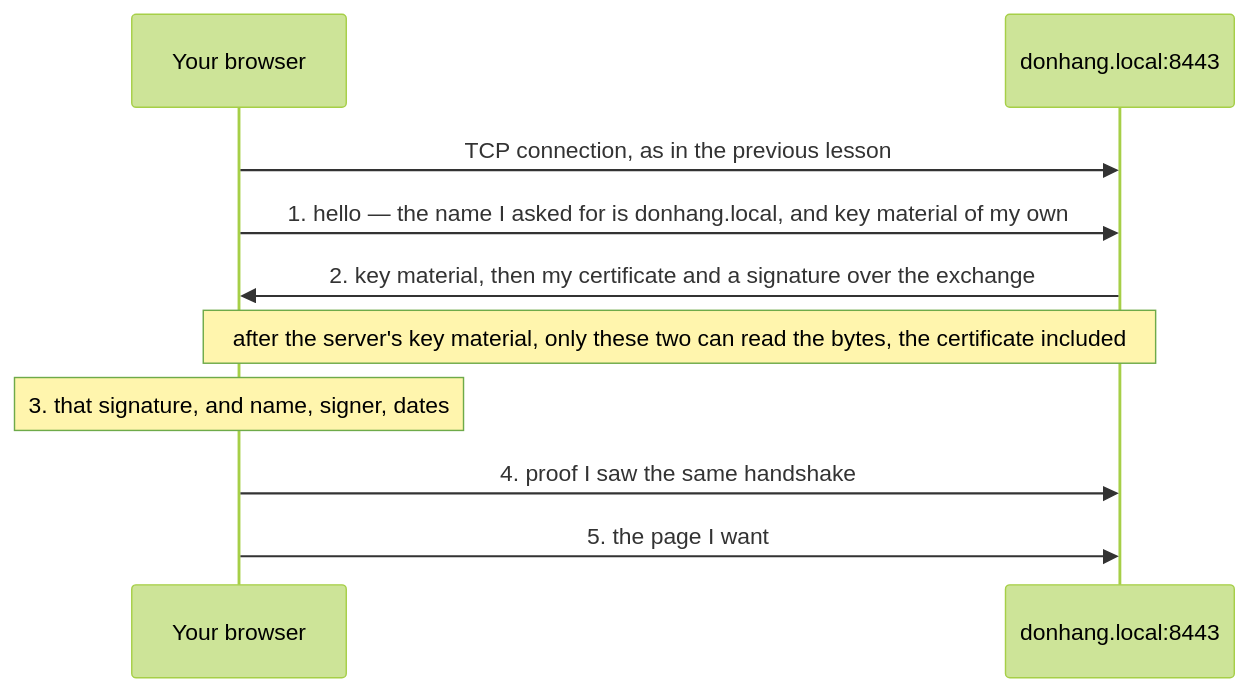
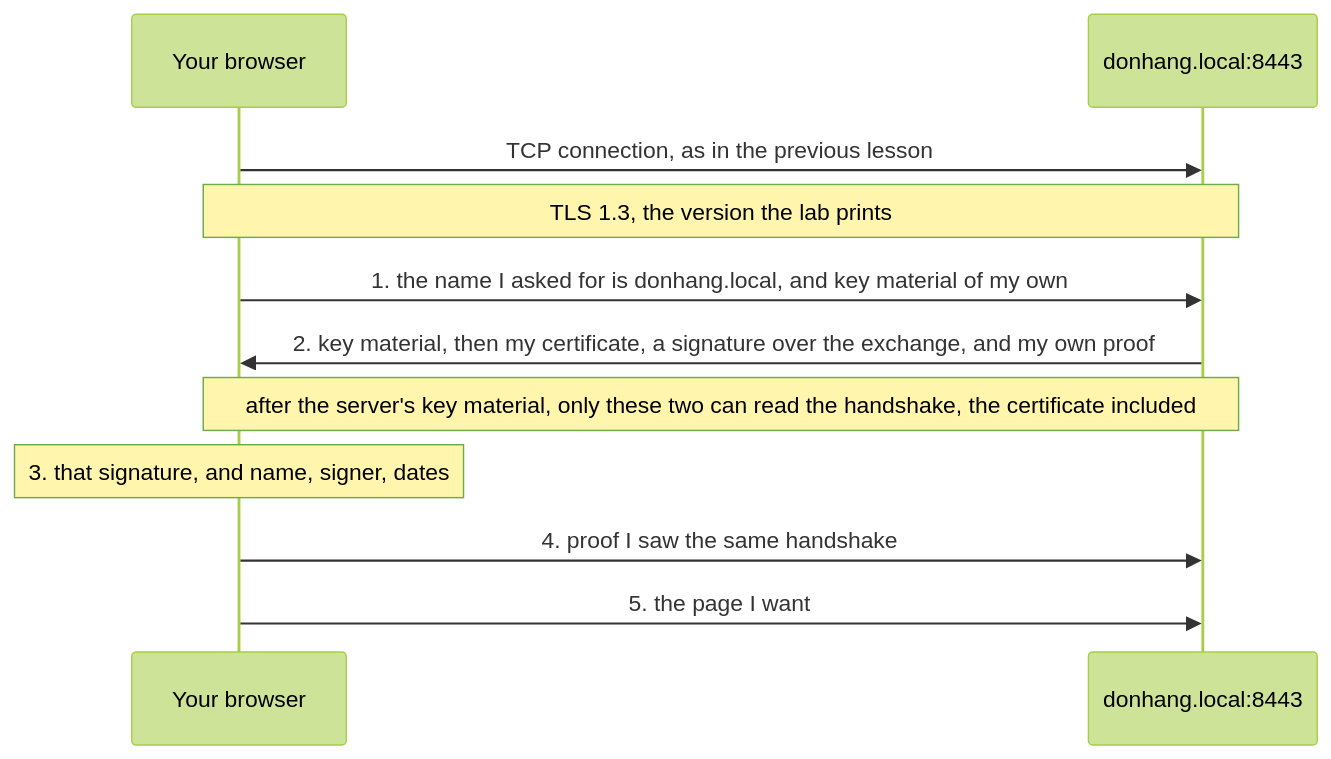
The diagram in content/tracks/foundation/network/foundation.l1.tls-and-https.en.md (duyan11110/lo-trinh-architect), drawn with Mermaid (forest theme) before and after one commit. The commit also changed other lines of this file and 314 other files, not shown here.

````diff
--- a/content/tracks/foundation/network/foundation.l1.tls-and-https.en.md
+++ b/content/tracks/foundation/network/foundation.l1.tls-and-https.en.md
@@ -42,12 +42,13 @@
 ```mermaid
 sequenceDiagram
   participant B as Your browser
   participant S as donhang.local:8443
   B->>S: TCP connection, as in the previous lesson
-  B->>S: 1. hello — the name I asked for is donhang.local, and key material of my own
-  S->>B: 2. key material, then my certificate and a signature over the exchange
-  Note over B,S: after the server's key material, only these two can read the bytes, the certificate included
+  Note over B,S: TLS 1.3, the version the lab prints
+  B->>S: 1. the name I asked for is donhang.local, and key material of my own
+  S->>B: 2. key material, then my certificate, a signature over the exchange, and my own proof
+  Note over B,S: after the server's key material, only these two can read the handshake, the certificate included
   Note over B: 3. that signature, and name, signer, dates
   B->>S: 4. proof I saw the same handshake
   B->>S: 5. the page I want
 ```
````
